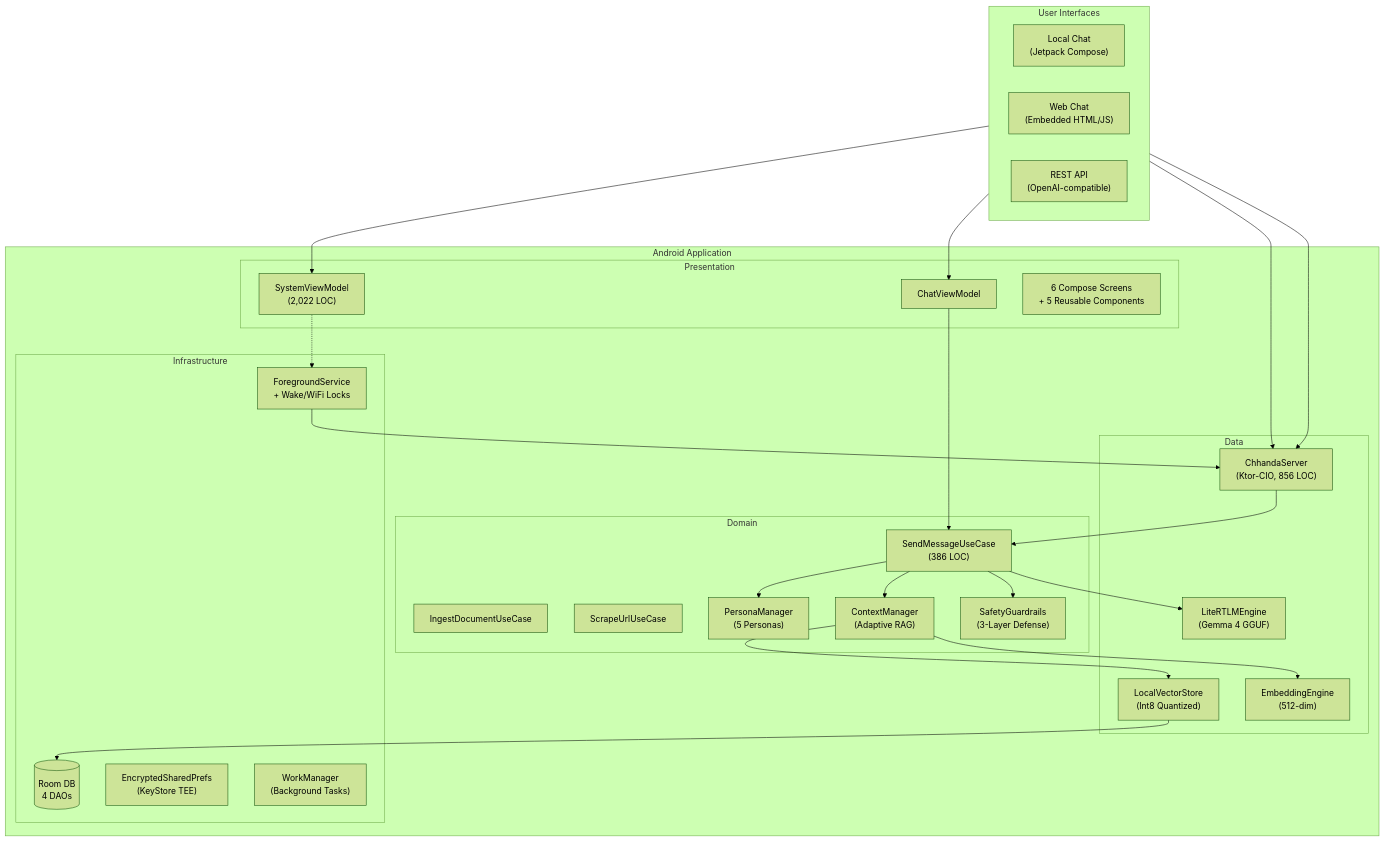
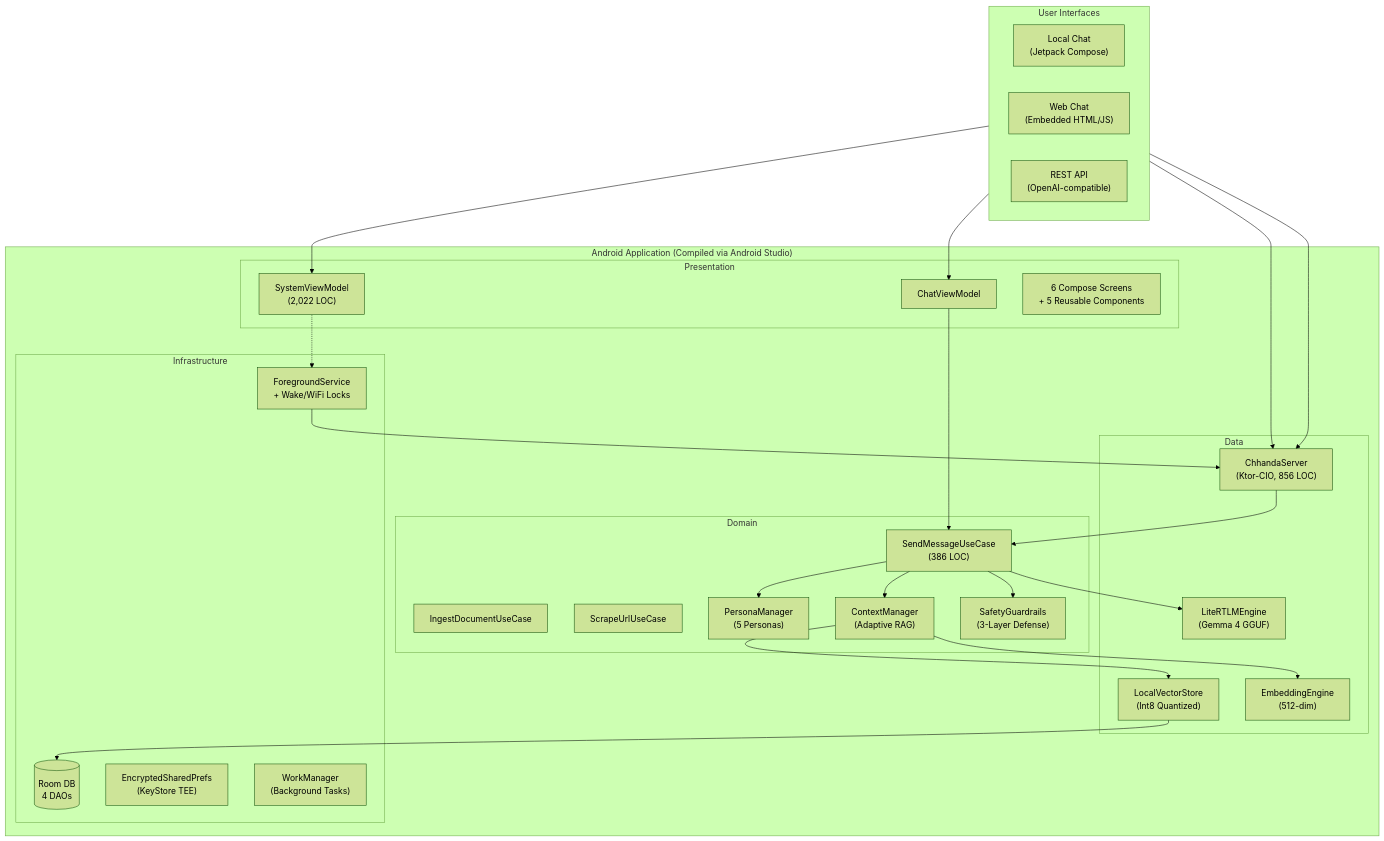
One commit to kallolchakraborty/Chhanda-AI changed the first of 4 diagrams in HACKATHON_SUBMISSION.md. Above: the diagram before and after it, drawn with Mermaid (forest theme). The commit also changed other lines of this file and 34 other files, not shown here.

Commit message:
Hardening release: thread safety, on-device GGUF stability, updated branding assets, and extensive documentation updates including Android Studio and Gemini 3 Flash exclusive partnership

````diff
--- a/HACKATHON_SUBMISSION.md
+++ b/HACKATHON_SUBMISSION.md
@@ -58,53 +58,53 @@
 ```mermaid
 graph TB
     subgraph "User Interfaces"
         direction LR
         LOCAL["Local Chat<br/>(Jetpack Compose)"]
         WEB["Web Chat<br/>(Embedded HTML/JS)"]
         API["REST API<br/>(OpenAI-compatible)"]
     end
 
-    subgraph "Android Application"
+    subgraph "Android Application (Compiled via Android Studio)"
         subgraph "Presentation"
             SVM["SystemViewModel<br/>(2,022 LOC)"]
             CVM["ChatViewModel"]
             SCREENS["6 Compose Screens<br/>+ 5 Reusable Components"]
         end
 
         subgraph "Domain"
             SMU["SendMessageUseCase<br/>(386 LOC)"]
             IDU["IngestDocumentUseCase"]
             SUU["ScrapeUrlUseCase"]
             PM["PersonaManager<br/>(5 Personas)"]
             CM["ContextManager<br/>(Adaptive RAG)"]
             SG["SafetyGuardrails<br/>(3-Layer Defense)"]
         end
 
         subgraph "Data"
             CS["ChhandaServer<br/>(Ktor-CIO, 856 LOC)"]
             LRT["LiteRTLMEngine<br/>(Gemma 4 GGUF)"]
             EMB["EmbeddingEngine<br/>(512-dim)"]
             LVS["LocalVectorStore<br/>(Int8 Quantized)"]
         end
 
         subgraph "Infrastructure"
             ROOM[("Room DB<br/>4 DAOs")]
             ESP["EncryptedSharedPrefs<br/>(KeyStore TEE)"]
             FGS["ForegroundService<br/>+ Wake/WiFi Locks"]
             WM["WorkManager<br/>(Background Tasks)"]
         end
     end
 
     LOCAL --> SVM & CVM
     WEB --> CS
     API --> CS
 
     CVM --> SMU
     SMU --> PM & CM & SG & LRT
     CM --> LVS & EMB
     CS --> SMU
 
     LVS --> ROOM
     SVM -.-> FGS
     FGS --> CS
 ```
````
